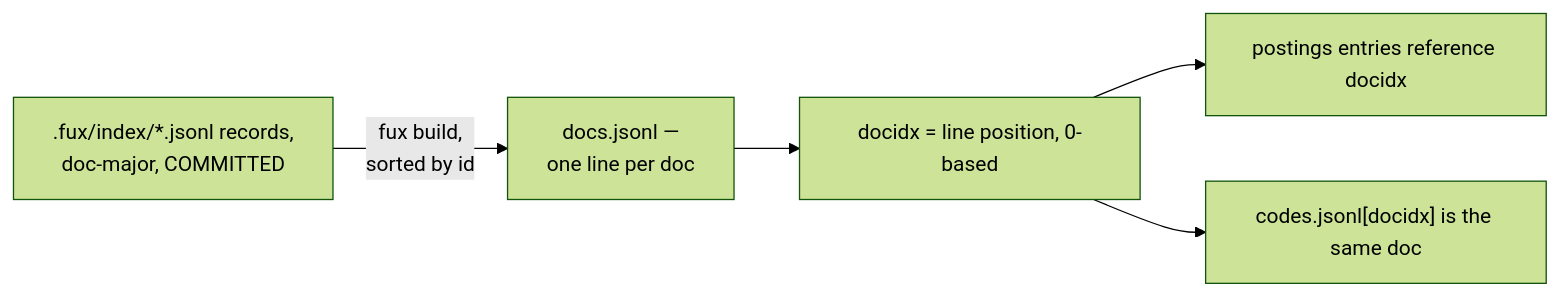
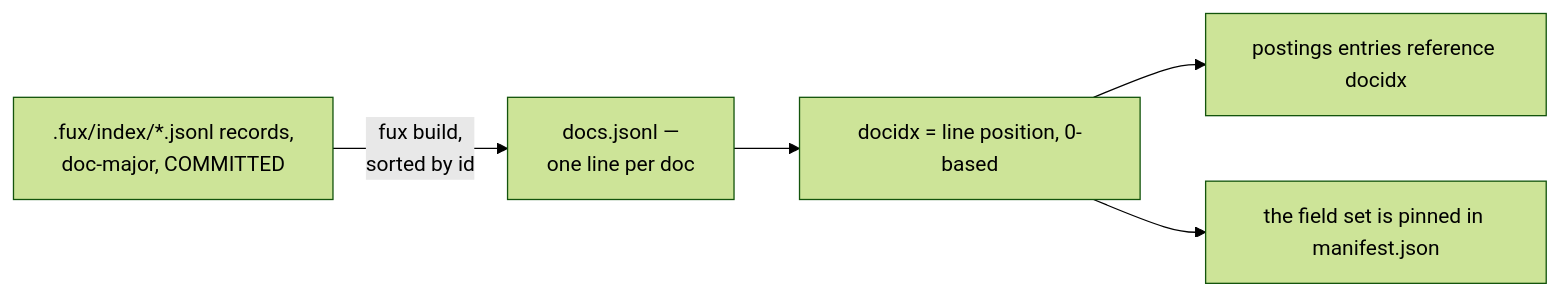
One commit to arpitarya/fux changed the diagram in docs/adr/0024_docs-table.md. Above: the diagram before and after it, drawn with Mermaid (forest theme). The commit also changed other lines of this file and 442 other files, not shown here.

````diff
--- a/docs/adr/0024_docs-table.md
+++ b/docs/adr/0024_docs-table.md
@@ -63,7 +28,7 @@
 ```mermaid
 flowchart LR
     A[".fux/index/*.jsonl records,<br/>doc-major, COMMITTED"] -->|"fux build,<br/>sorted by id"| B["docs.jsonl —<br/>one line per doc"]
     B --> C["docidx = line position, 0-based"]
     C --> D["postings entries reference docidx"]
-    C --> E["codes.jsonl[docidx] is the same doc"]
+    C --> E["the field set is pinned in manifest.json"]
 ```
````
